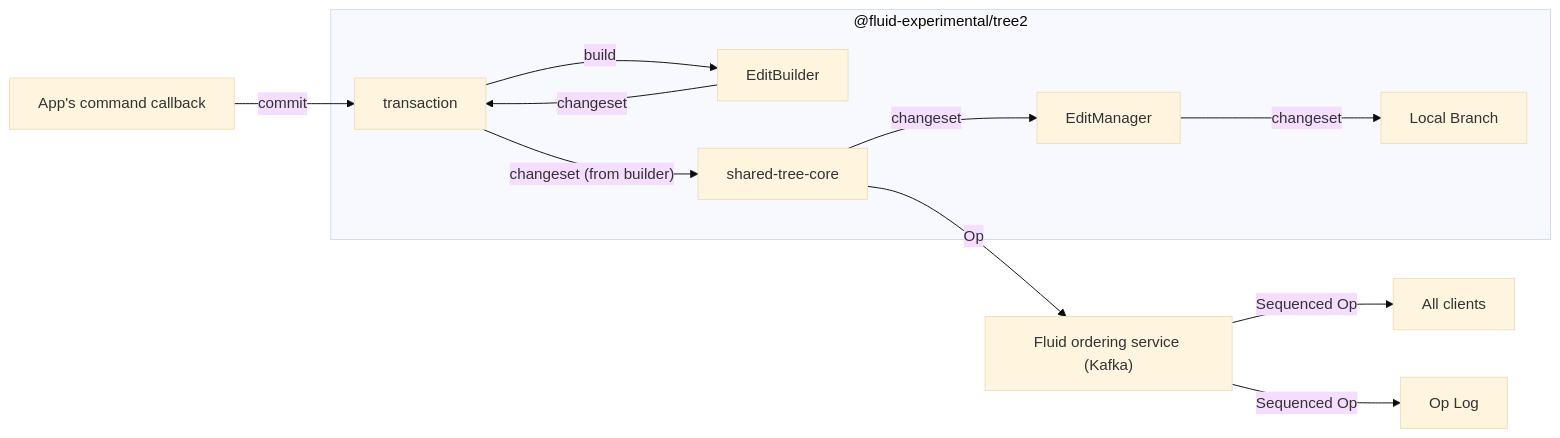
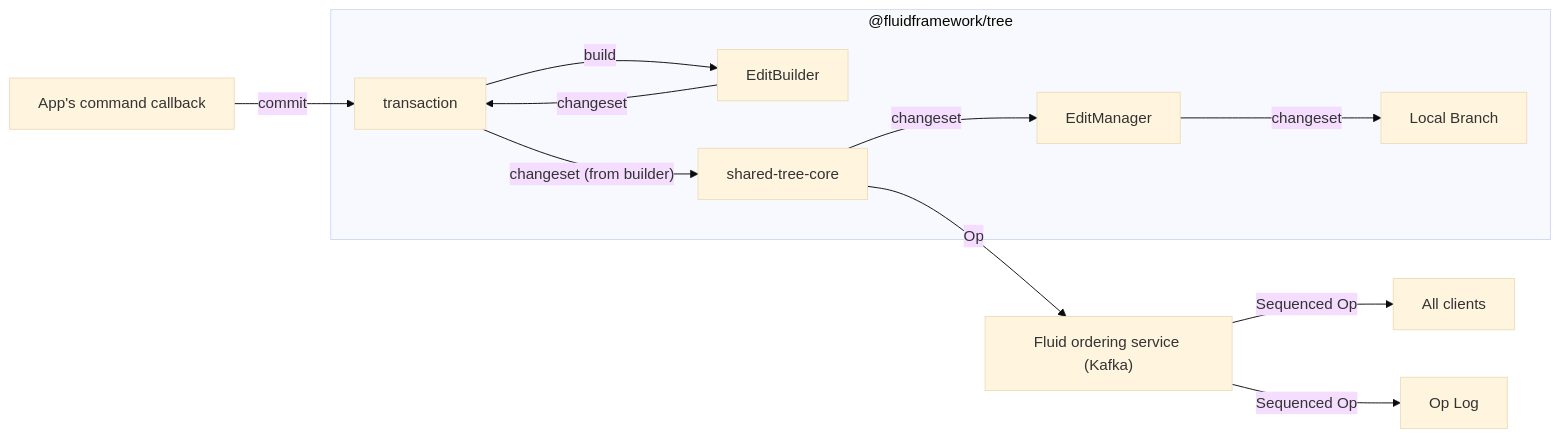
The fourth of 6 diagrams in experimental/dds/tree2/README.md (microsoft/FluidFramework), drawn with Mermaid (base theme) before and after one commit. The commit also changed other lines of this file and 63 other files, not shown here.

````diff
--- a/experimental/dds/tree2/README.md
+++ b/experimental/dds/tree2/README.md
@@ -257,13 +255,13 @@
 ```mermaid
 flowchart LR
     command["App's command callback"]--"commit"-->transaction
-    subgraph "@fluid-experimental/tree2"
+    subgraph "@fluidframework/tree"
         transaction--"build"-->EditBuilder
         EditBuilder--"changeset"-->transaction
         transaction--"changeset (from builder)"-->core["shared-tree-core"]
         core--"changeset"-->EditManager--"changeset"-->local["Local Branch"]
     end
     core--"Op"-->service["Fluid ordering service (Kafka)"]
     service--"Sequenced Op"-->clients["All clients"]
     service--"Sequenced Op"-->log["Op Log"]
 ```
````
